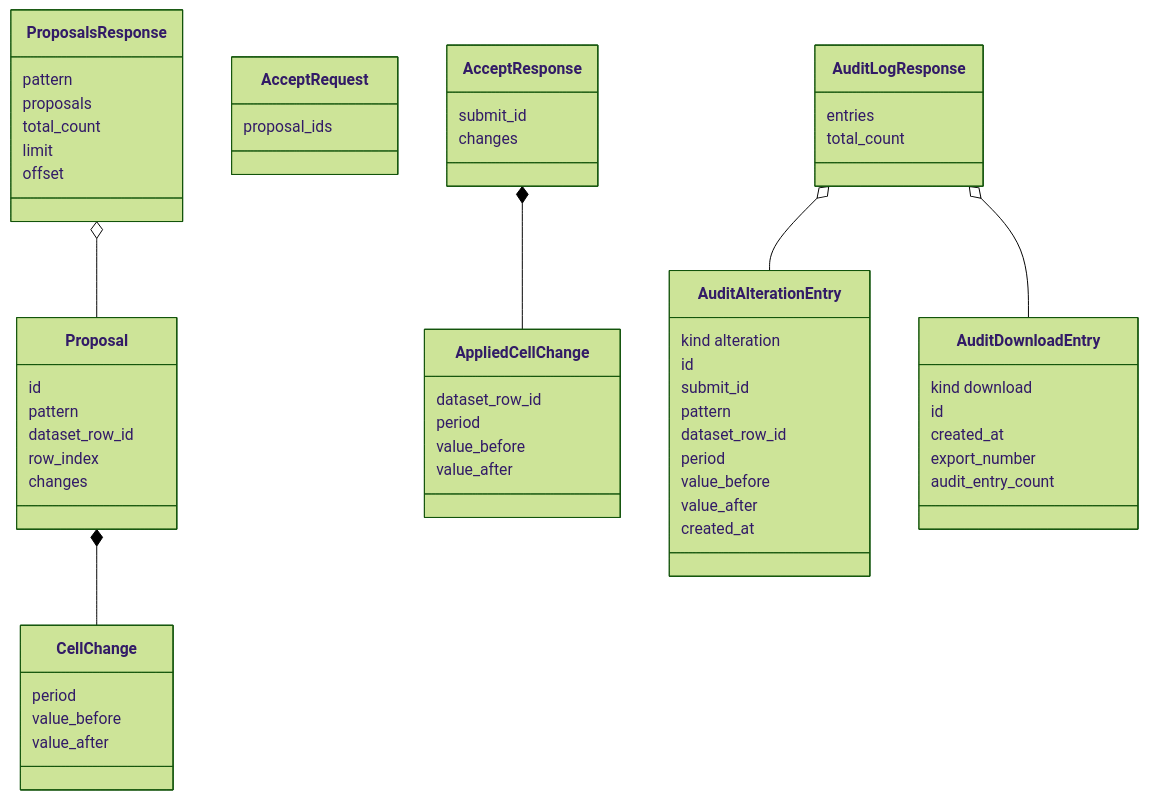
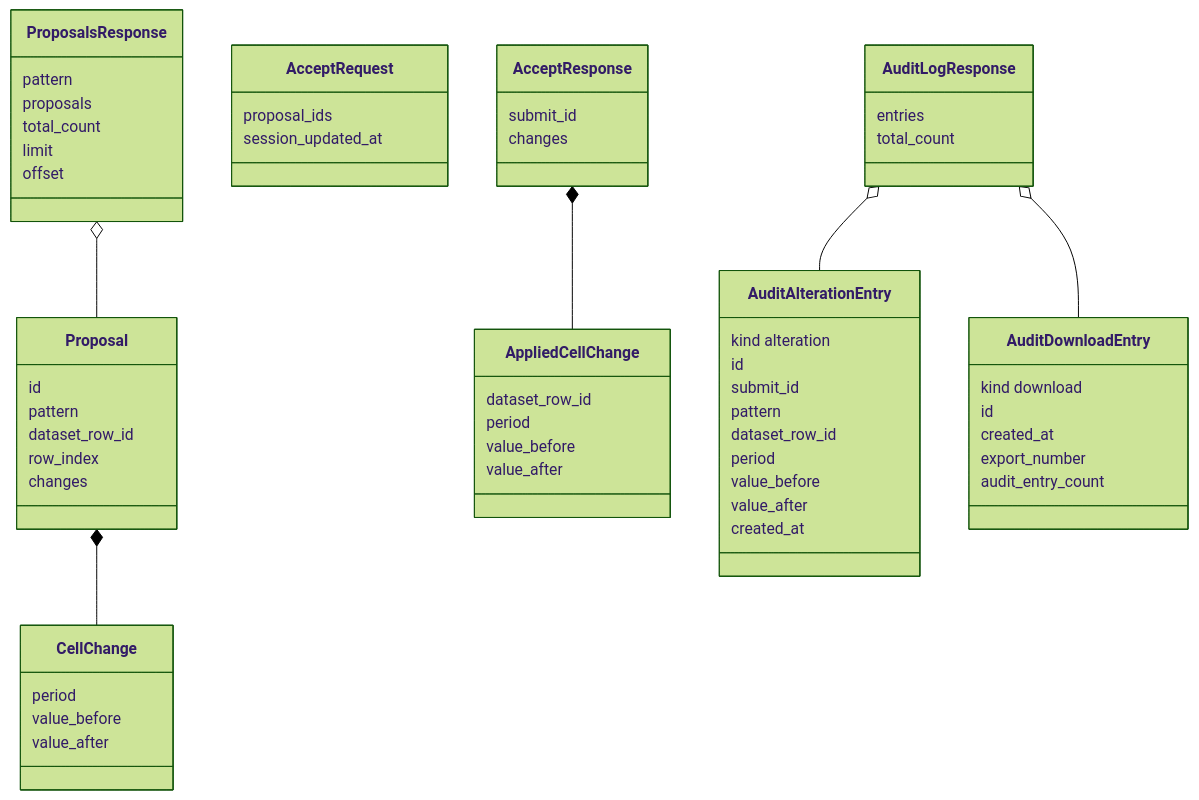
The sixth of 6 diagrams in docs/database-schema.md (EmmS21/keyestakehome), drawn with Mermaid (forest theme) before and after one commit. The commit also changed other lines of this file and 2 other files, not shown here.

````diff
--- a/docs/database-schema.md
+++ b/docs/database-schema.md
@@ -179,71 +179,72 @@
 ```mermaid
 classDiagram
   class CellChange {
     period
     value_before
     value_after
   }
 
   class Proposal {
     id
     pattern
     dataset_row_id
     row_index
     changes
   }
 
   class ProposalsResponse {
     pattern
     proposals
     total_count
     limit
     offset
   }
 
   class AcceptRequest {
     proposal_ids
+    session_updated_at
   }
 
   class AppliedCellChange {
     dataset_row_id
     period
     value_before
     value_after
   }
 
   class AcceptResponse {
     submit_id
     changes
   }
 
   class AuditAlterationEntry {
     kind alteration
     id
     submit_id
     pattern
     dataset_row_id
     period
     value_before
     value_after
     created_at
   }
 
   class AuditDownloadEntry {
     kind download
     id
     created_at
     export_number
     audit_entry_count
   }
 
   class AuditLogResponse {
     entries
     total_count
   }
 
   Proposal *-- CellChange
   ProposalsResponse o-- Proposal
   AcceptResponse *-- AppliedCellChange
   AuditLogResponse o-- AuditAlterationEntry
   AuditLogResponse o-- AuditDownloadEntry
 ```
````
